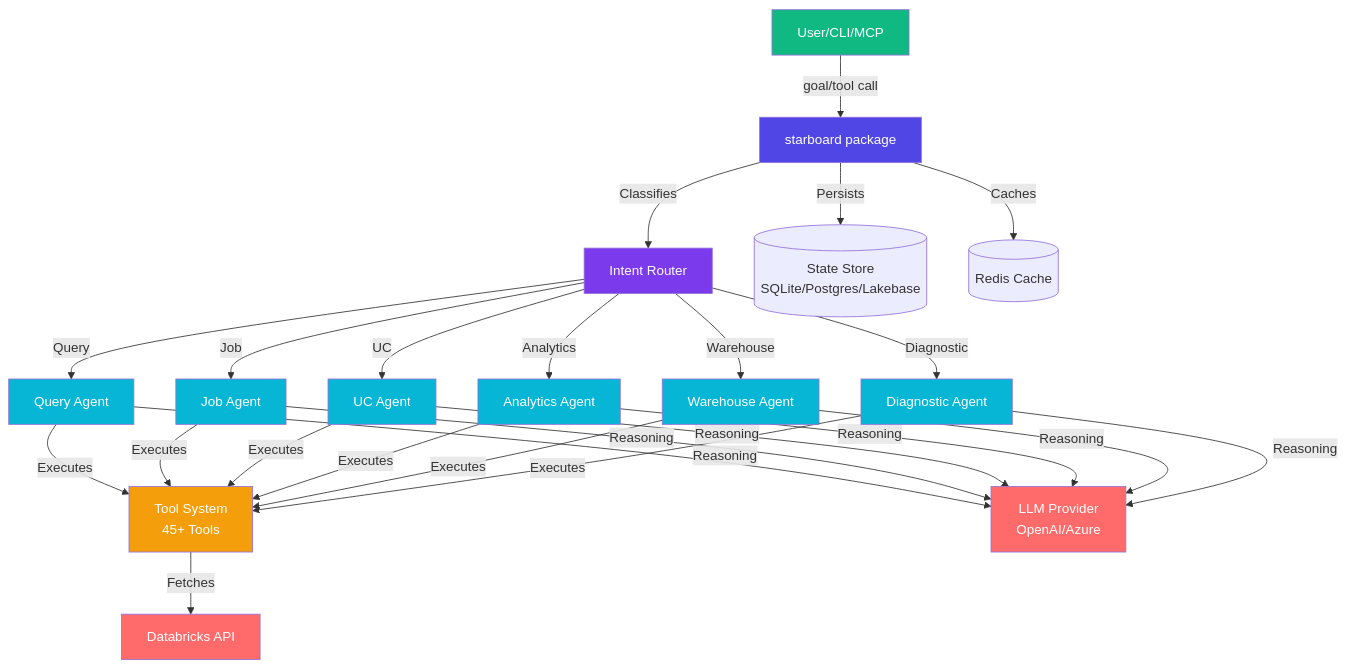
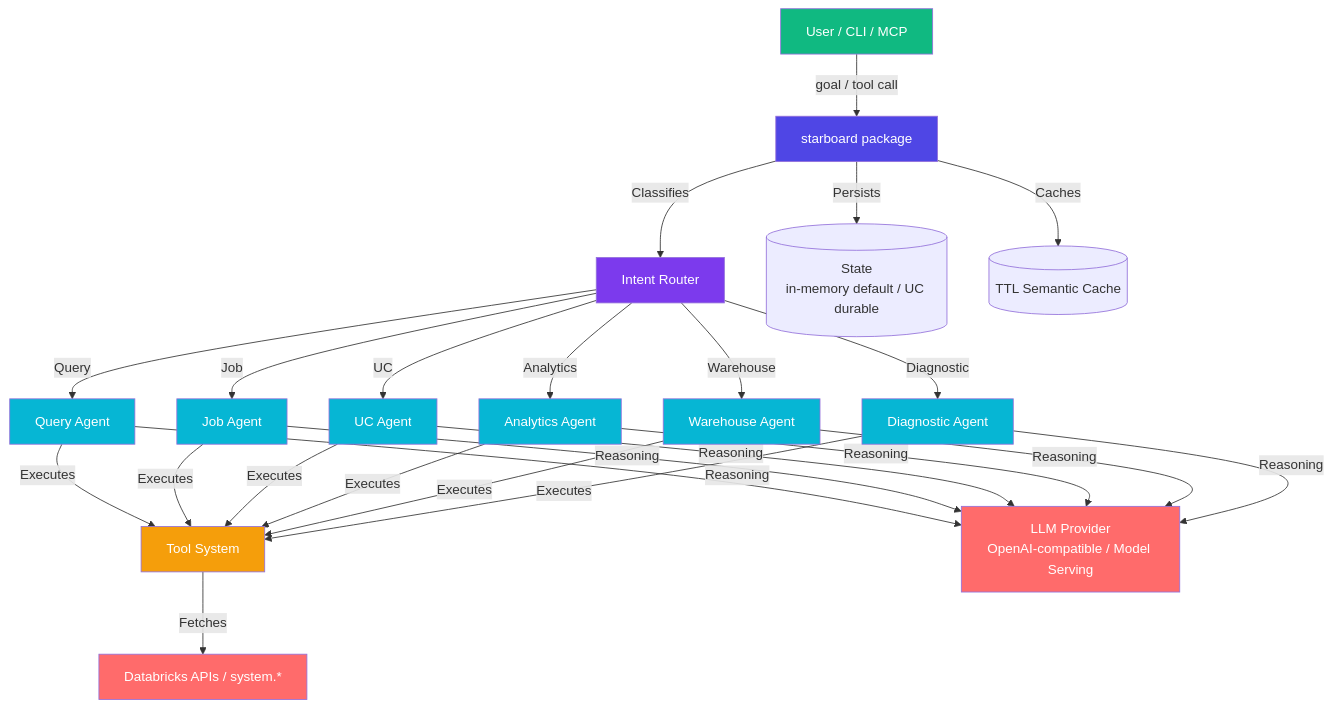
The first of 2 diagrams in docs/index.md (bluewatersql/starboard), drawn with Mermaid before and after one commit. The commit also changed other lines of this file and 81 other files, not shown here.

````diff
--- a/docs/index.md
+++ b/docs/index.md
@@ -9,47 +11,47 @@
 ```mermaid
 %%{init: {'theme':'default', 'themeVariables': {'fontSize':'16px'}}}%%
 
 graph TB
-    User[User/CLI/MCP] -->|goal/tool call| API[starboard package]
+    User[User / CLI / MCP] -->|goal / tool call| API[starboard package]
     API -->|Classifies| Router[Intent Router]
 
     Router -->|Query| QueryAgent[Query Agent]
     Router -->|Job| JobAgent[Job Agent]
     Router -->|UC| UCAgent[UC Agent]
     Router -->|Analytics| AnalyticsAgent[Analytics Agent]
     Router -->|Warehouse| WarehouseAgent[Warehouse Agent]
     Router -->|Diagnostic| DiagAgent[Diagnostic Agent]
 
-    QueryAgent -->|Executes| Tools[Tool System<br/>45+ Tools]
+    QueryAgent -->|Executes| Tools[Tool System]
     JobAgent -->|Executes| Tools
     UCAgent -->|Executes| Tools
     AnalyticsAgent -->|Executes| Tools
     WarehouseAgent -->|Executes| Tools
     DiagAgent -->|Executes| Tools
 
-    Tools -->|Fetches| Databricks[Databricks API]
+    Tools -->|Fetches| Databricks[Databricks APIs / system.*]
 
-    QueryAgent -->|Reasoning| LLMProvider[LLM Provider<br/>OpenAI/Azure]
+    QueryAgent -->|Reasoning| LLMProvider[LLM Provider<br/>OpenAI-compatible / Model Serving]
     JobAgent -->|Reasoning| LLMProvider
     UCAgent -->|Reasoning| LLMProvider
     AnalyticsAgent -->|Reasoning| LLMProvider
     WarehouseAgent -->|Reasoning| LLMProvider
     DiagAgent -->|Reasoning| LLMProvider
 
-    API -->|Persists| StateStore[(State Store<br/>SQLite/Postgres/Lakebase)]
-    API -->|Caches| Cache[(Redis Cache)]
+    API -->|Persists| StateStore[(State<br/>in-memory default / UC durable)]
+    API -->|Caches| Cache[(TTL Semantic Cache)]
 
     style User fill:#10b981,color:#fff
     style API fill:#4f46e5,color:#fff
 
     style Router fill:#7c3aed,color:#fff
     style QueryAgent fill:#06b6d4,color:#fff
     style JobAgent fill:#06b6d4,color:#fff
     style UCAgent fill:#06b6d4,color:#fff
     style AnalyticsAgent fill:#06b6d4,color:#fff
     style WarehouseAgent fill:#06b6d4,color:#fff
     style DiagAgent fill:#06b6d4,color:#fff
     style Tools fill:#f59e0b,color:#fff
     style Databricks fill:#ff6b6b,color:#fff
     style LLMProvider fill:#ff6b6b,color:#fff
 ```
````
